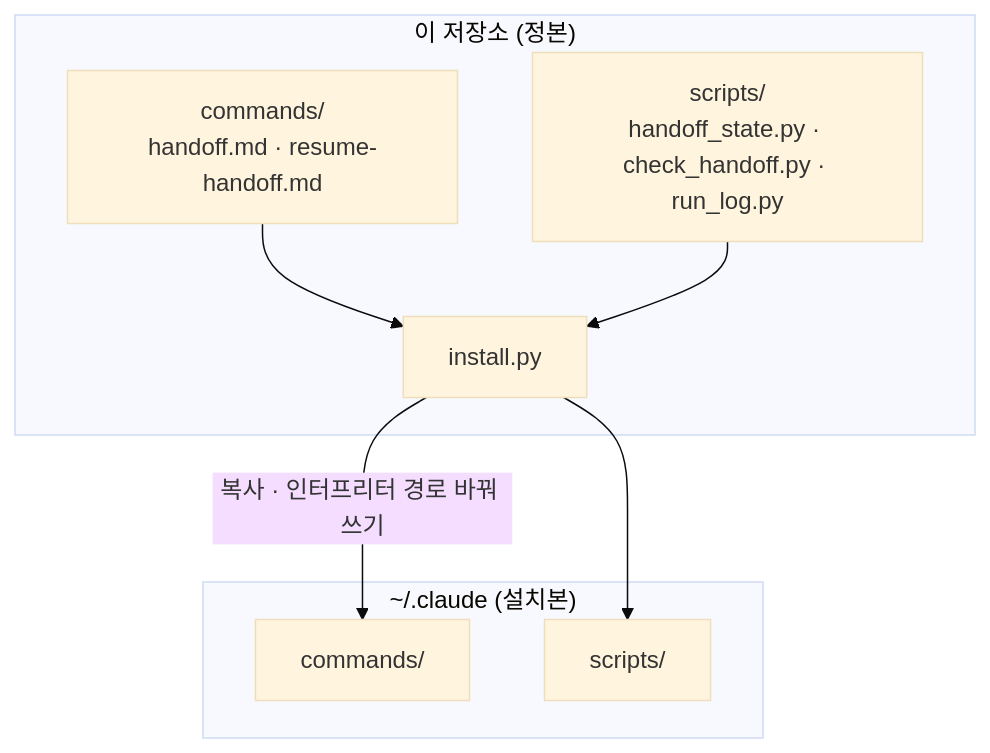
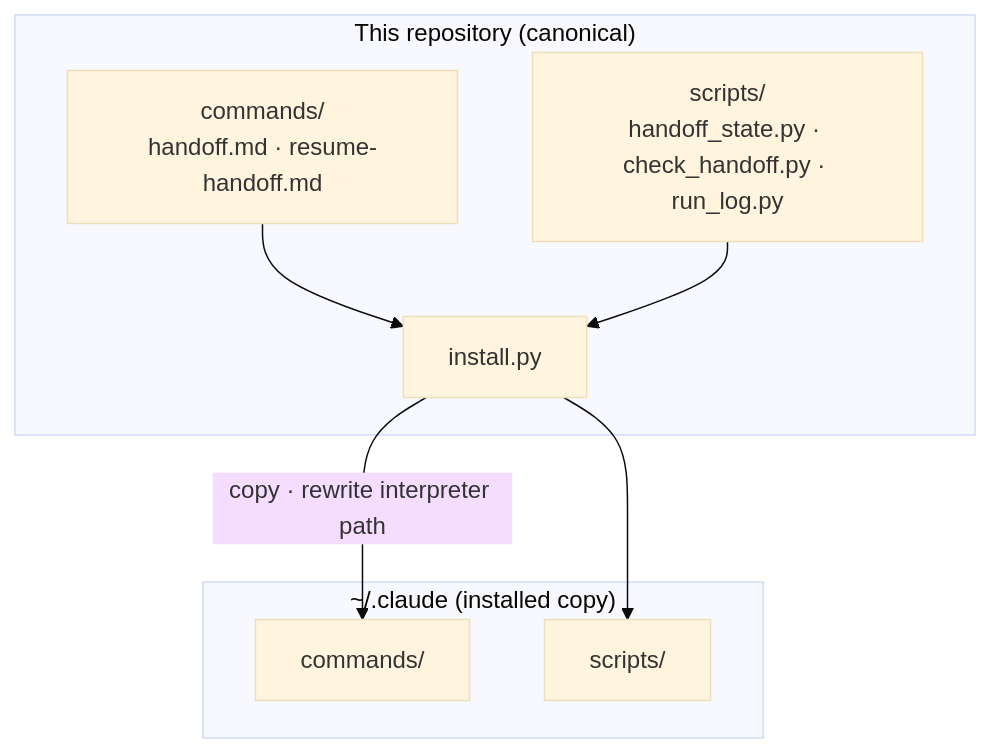
One commit to ai-dev-methodologies/session-handoff changed the first of 3 diagrams in README.md. Above: the diagram before and after it, drawn with Mermaid (base theme). The commit also changed other lines of this file and 16 other files, not shown here.

````diff
--- a/README.md
+++ b/README.md
@@ -23,16 +25,16 @@
 ```mermaid
 flowchart TD
-    subgraph REPO["이 저장소 (정본)"]
+    subgraph REPO["This repository (canonical)"]
         C["commands/<br/>handoff.md · resume-handoff.md"]
         S["scripts/<br/>handoff_state.py · check_handoff.py · run_log.py"]
         I["install.py"]
     end
-    subgraph HOME["~/.claude (설치본)"]
+    subgraph HOME["~/.claude (installed copy)"]
         IC["commands/"]
         IS["scripts/"]
     end
     C --> I
     S --> I
-    I -->|"복사 · 인터프리터 경로 바꿔 쓰기"| IC
+    I -->|"copy · rewrite interpreter path"| IC
     I --> IS
 ```
````
